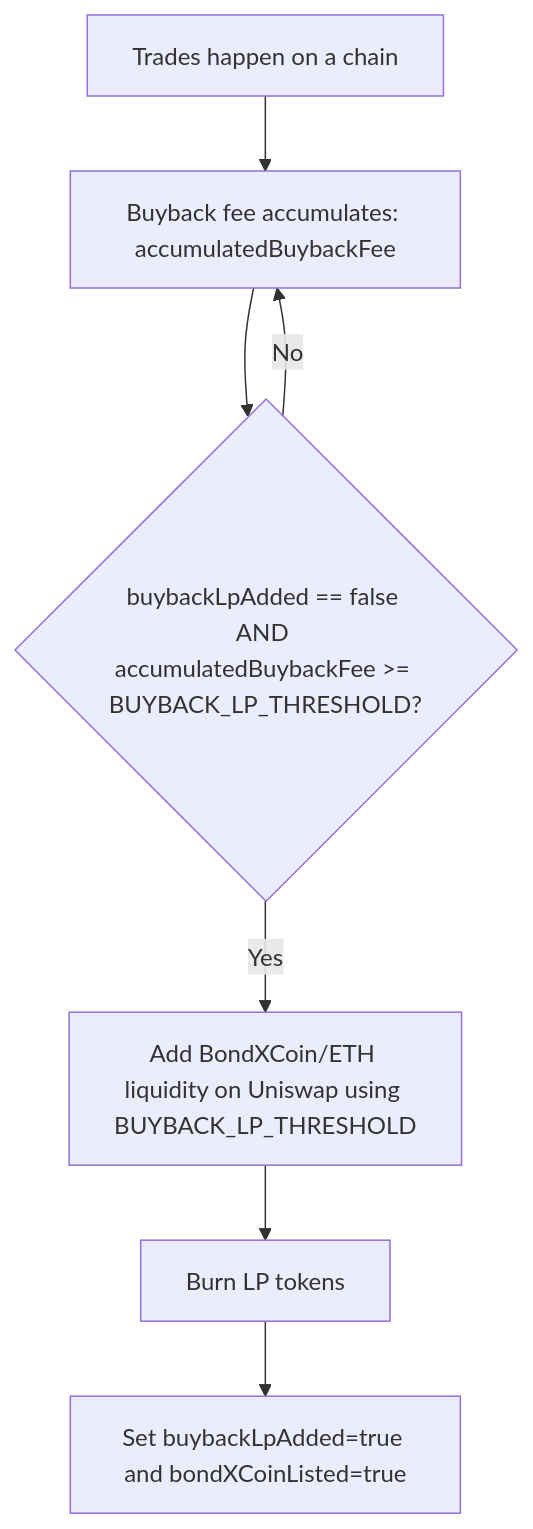
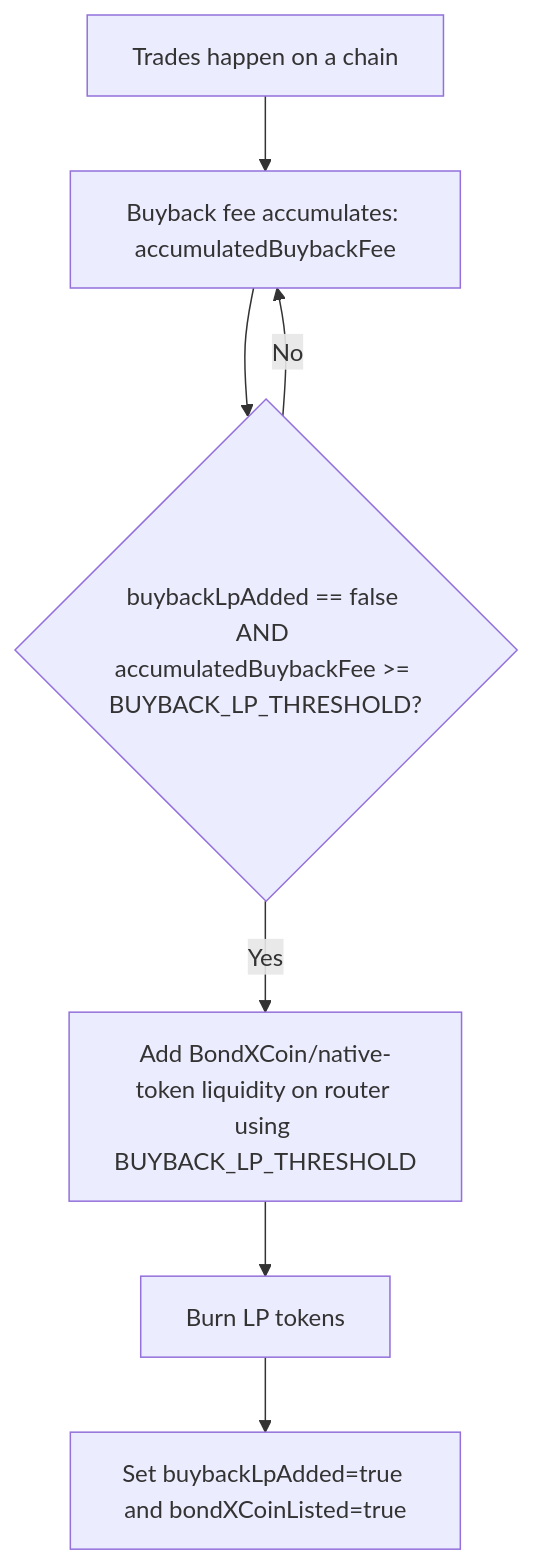
The first of 4 diagrams in appendix/diagrams.md (krobinalpha/gitbook), drawn with Mermaid before and after one commit. The commit also changed other lines of this file and 25 other files, not shown here.

````diff
--- a/appendix/diagrams.md
+++ b/appendix/diagrams.md
@@ -7,9 +7,9 @@
 ```mermaid
 flowchart TD
   A[Trades happen on a chain] --> B[Buyback fee accumulates: accumulatedBuybackFee]
   B --> C{buybackLpAdded == false AND accumulatedBuybackFee >= BUYBACK_LP_THRESHOLD?}
   C -- No --> B
-  C -- Yes --> D[Add BondXCoin/ETH liquidity on Uniswap using BUYBACK_LP_THRESHOLD]
+  C -- Yes --> D[Add BondXCoin/native-token liquidity on router using BUYBACK_LP_THRESHOLD]
   D --> E[Burn LP tokens]
   E --> F[Set buybackLpAdded=true and bondXCoinListed=true]
 ```
````
